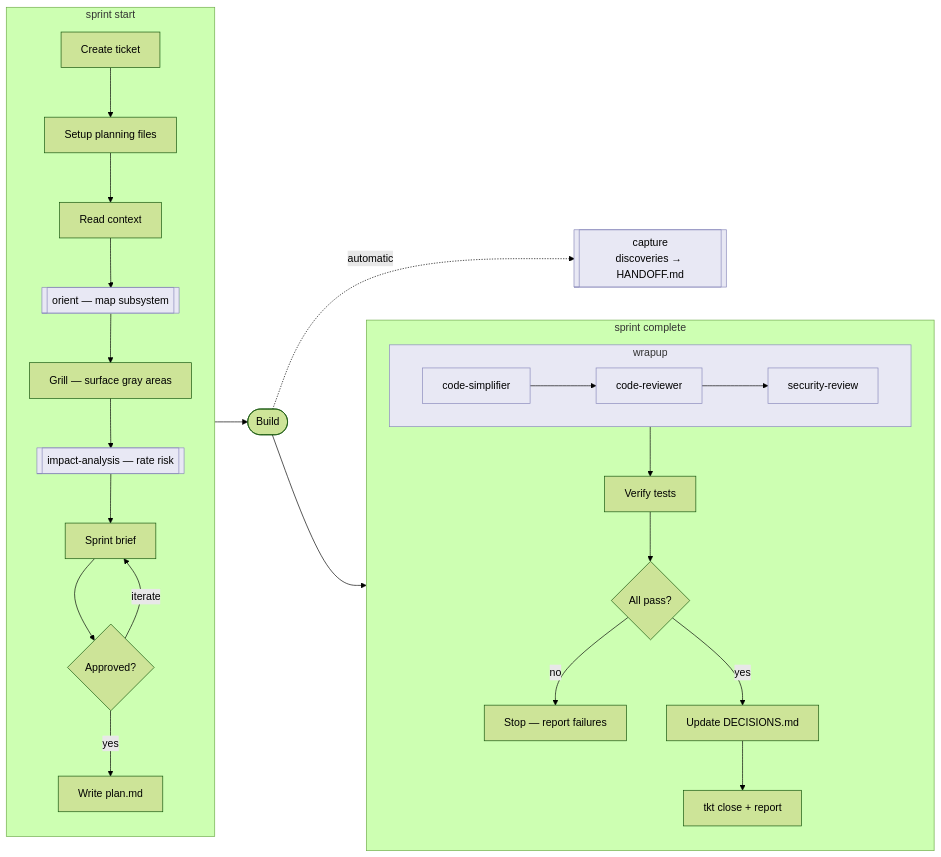
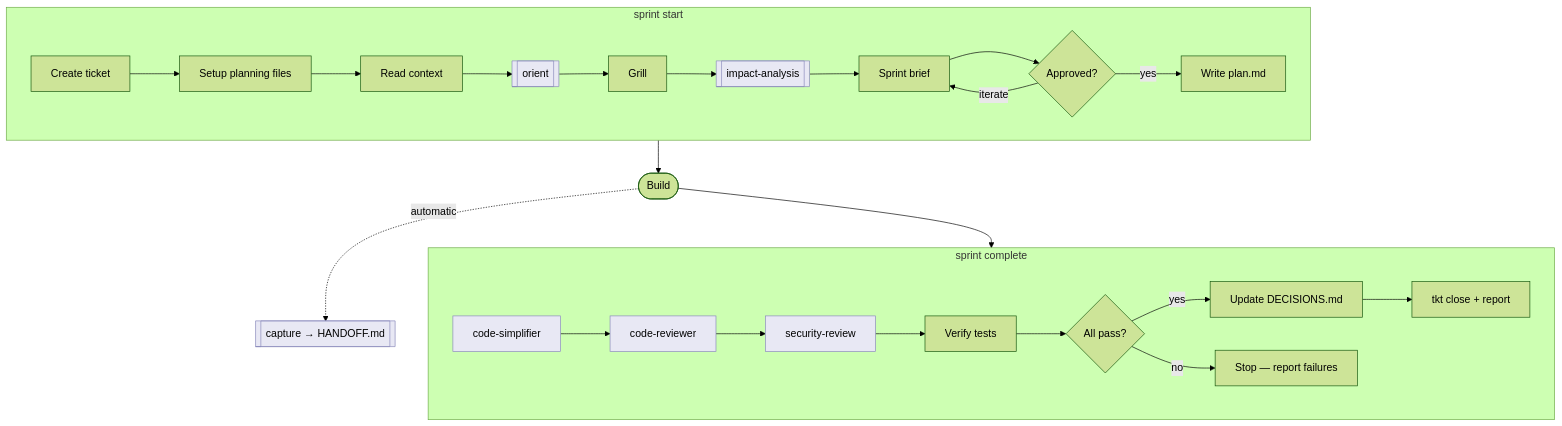
The diagram in README.md (sunitghub/canon-skills), drawn with Mermaid (forest theme) before and after one commit.

Commit message:
docs: reshape sprint diagram to two horizontal rows
TD outer + LR inner subgraphs: sprint start flows left-to-right on
top, sprint complete flows left-to-right below, Build as the vertical
hinge between them. Removes nested wrapup subgraph to keep it flat.

````diff
--- a/README.md
+++ b/README.md
@@ -70,36 +70,24 @@
 ```mermaid
-flowchart LR
+flowchart TD
     subgraph START ["sprint start"]
-        direction TB
-        S1[Create ticket] --> S2[Setup planning files]
-        S2 --> S3[Read context]
-        S3 --> S4[["orient — map subsystem"]]
-        S4 --> S5[Grill — surface gray areas]
-        S5 --> S6[["impact-analysis — rate risk"]]
-        S6 --> S7[Sprint brief]
-        S7 --> S8{Approved?}
+        direction LR
+        S1[Create ticket] --> S2[Setup planning files] --> S3[Read context] --> S4[["orient"]] --> S5[Grill] --> S6[["impact-analysis"]] --> S7[Sprint brief] --> S8{Approved?}
+        S8 -->|yes| S9[Write plan.md]
         S8 -->|iterate| S7
-        S8 -->|yes| S9[Write plan.md]
     end
 
     S9 --> BLD([Build])
-    BLD -.->|automatic| CAP[["capture\ndiscoveries → HANDOFF.md"]]
+    BLD -.->|automatic| CAP[["capture → HANDOFF.md"]]
 
     subgraph DONE ["sprint complete"]
-        direction TB
-        subgraph W ["wrapup"]
-            direction LR
-            W1[code-simplifier] --> W2[code-reviewer] --> W3[security-review]
-        end
-        W --> C1[Verify tests]
-        C1 --> C2{All pass?}
+        direction LR
+        W1[code-simplifier] --> W2[code-reviewer] --> W3[security-review] --> C1[Verify tests] --> C2{All pass?}
+        C2 -->|yes| C4[Update DECISIONS.md] --> C5[tkt close + report]
         C2 -->|no| C3[Stop — report failures]
-        C2 -->|yes| C4[Update DECISIONS.md]
-        C4 --> C5[tkt close + report]
     end
 
-    BLD --> W
+    BLD --> W1
 
     classDef subskill fill:#e8e8f4,stroke:#8888bb
-    class S4,S6,CAP,W,W1,W2,W3 subskill
+    class S4,S6,CAP,W1,W2,W3 subskill
 ```
````
